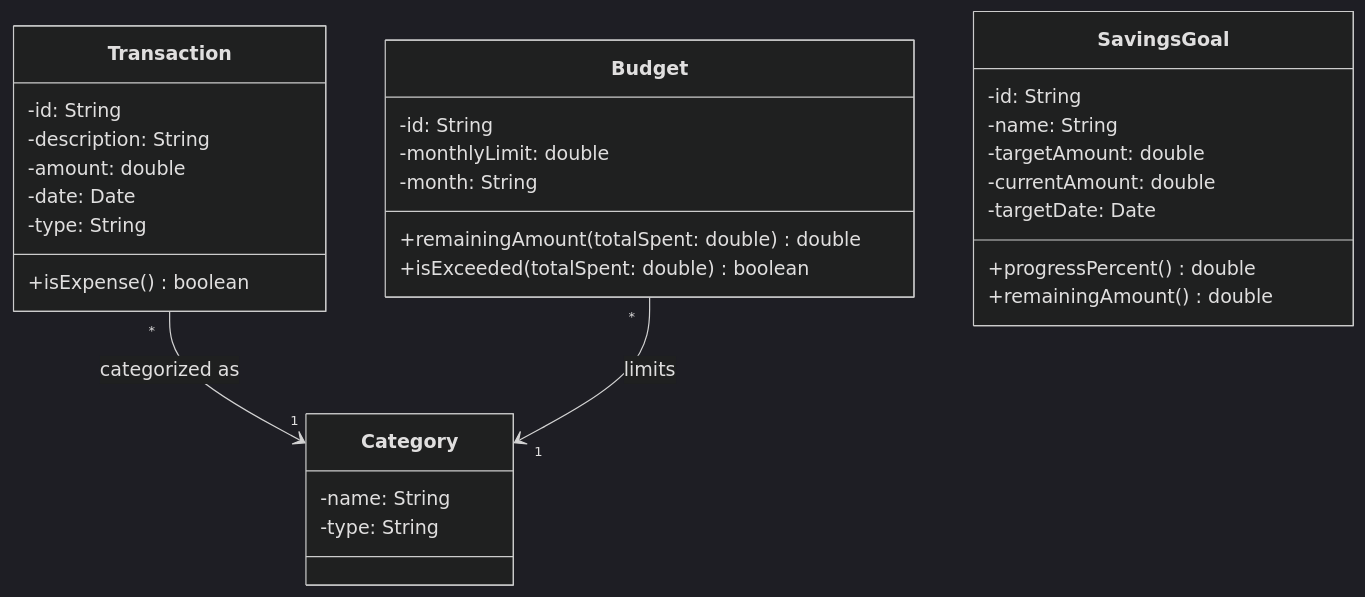
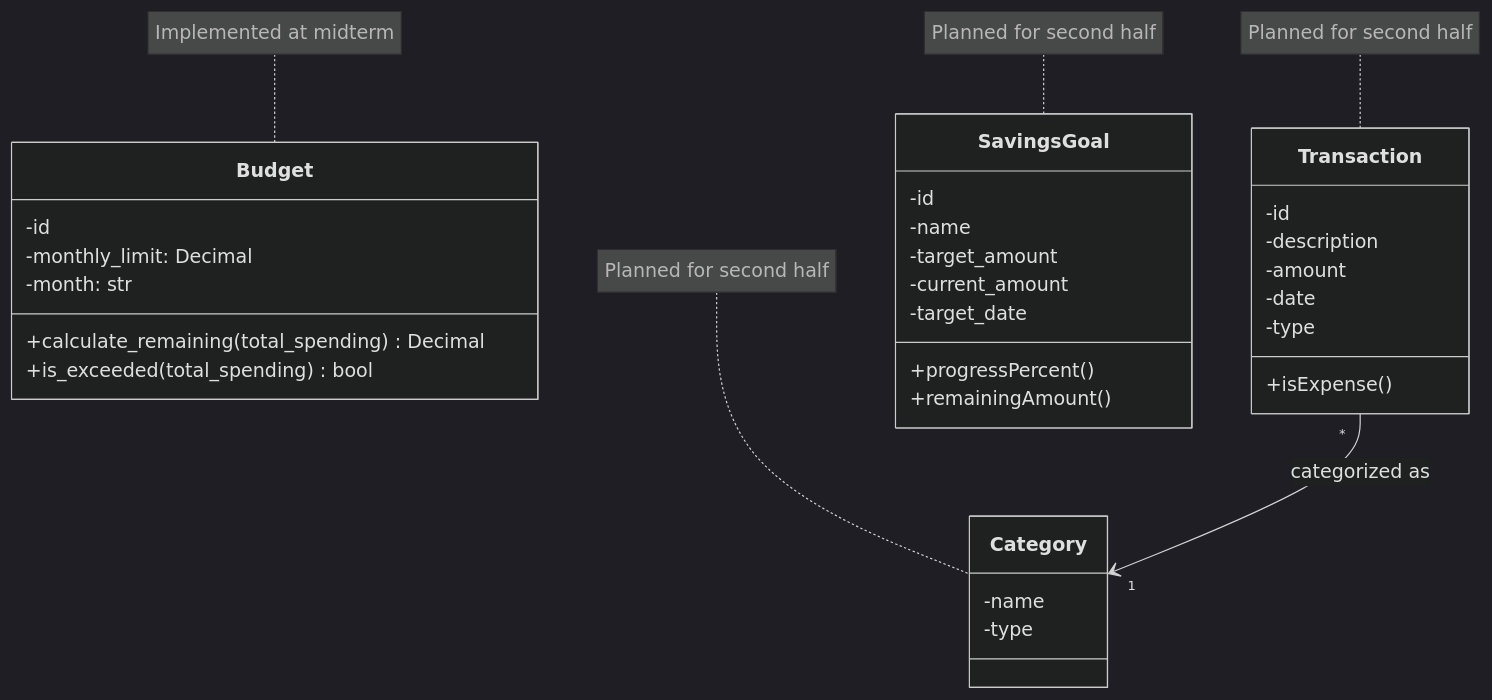
Before and after one commit to Jesse-Trueba/cen5064-project-trueba: the third of 4 diagrams in README.md, drawn with Mermaid (dark theme). The commit also changed other lines of this file, not shown here.

First line of the commit message:
Revise README for budget management system updates

````diff
--- a/README.md
+++ b/README.md
@@ -83,37 +88,41 @@
 ```mermaid
 classDiagram
+    class Budget {
+        -id
+        -monthly_limit: Decimal
+        -month: str
+        +calculate_remaining(total_spending) Decimal
+        +is_exceeded(total_spending) bool
+    }
+
     class Transaction {
-        -id: String
-        -description: String
-        -amount: double
-        -date: Date
-        -type: String
-        +isExpense() boolean
+        -id
+        -description
+        -amount
+        -date
+        -type
+        +isExpense()
     }
 
     class Category {
-        -name: String
-        -type: String
-    }
-
-    class Budget {
-        -id: String
-        -monthlyLimit: double
-        -month: String
-        +remainingAmount(totalSpent: double) double
-        +isExceeded(totalSpent: double) boolean
+        -name
+        -type
     }
 
     class SavingsGoal {
-        -id: String
-        -name: String
-        -targetAmount: double
-        -currentAmount: double
-        -targetDate: Date
-        +progressPercent() double
-        +remainingAmount() double
+        -id
+        -name
+        -target_amount
+        -current_amount
+        -target_date
+        +progressPercent()
+        +remainingAmount()
     }
 
     Transaction "*" --> "1" Category : categorized as
-    Budget "*" --> "1" Category : limits
+
+    note for Budget "Implemented at midterm"
+    note for Transaction "Planned for second half"
+    note for Category "Planned for second half"
+    note for SavingsGoal "Planned for second half"
 ```
````
